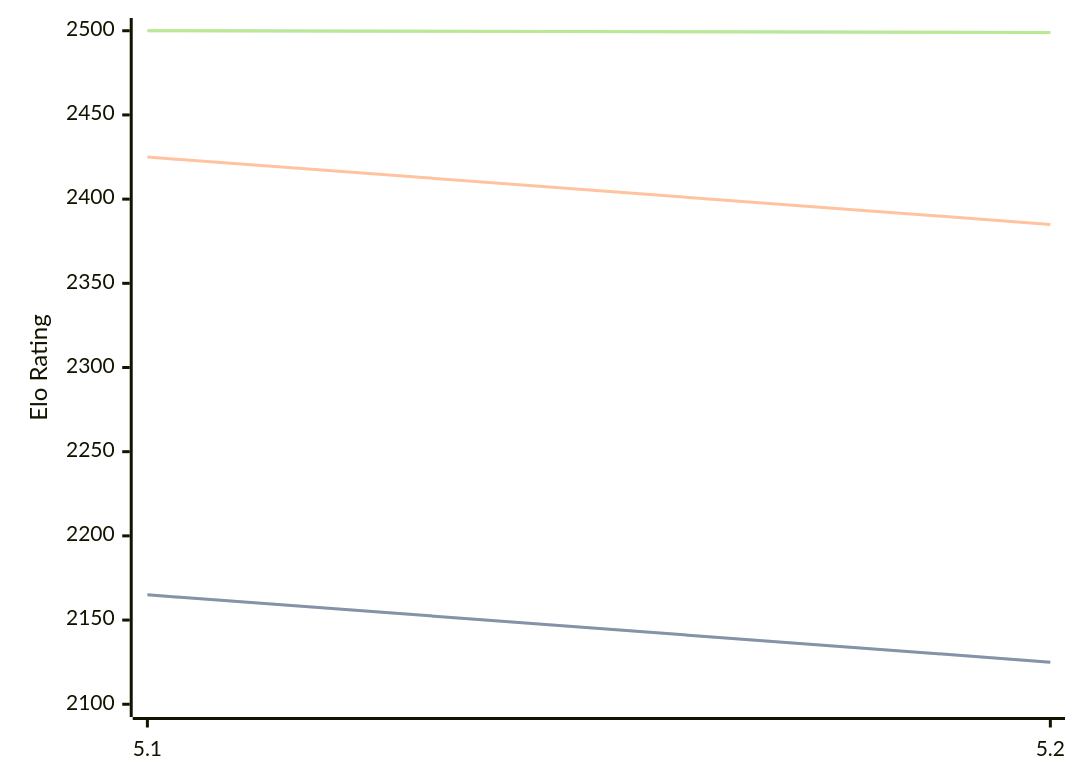
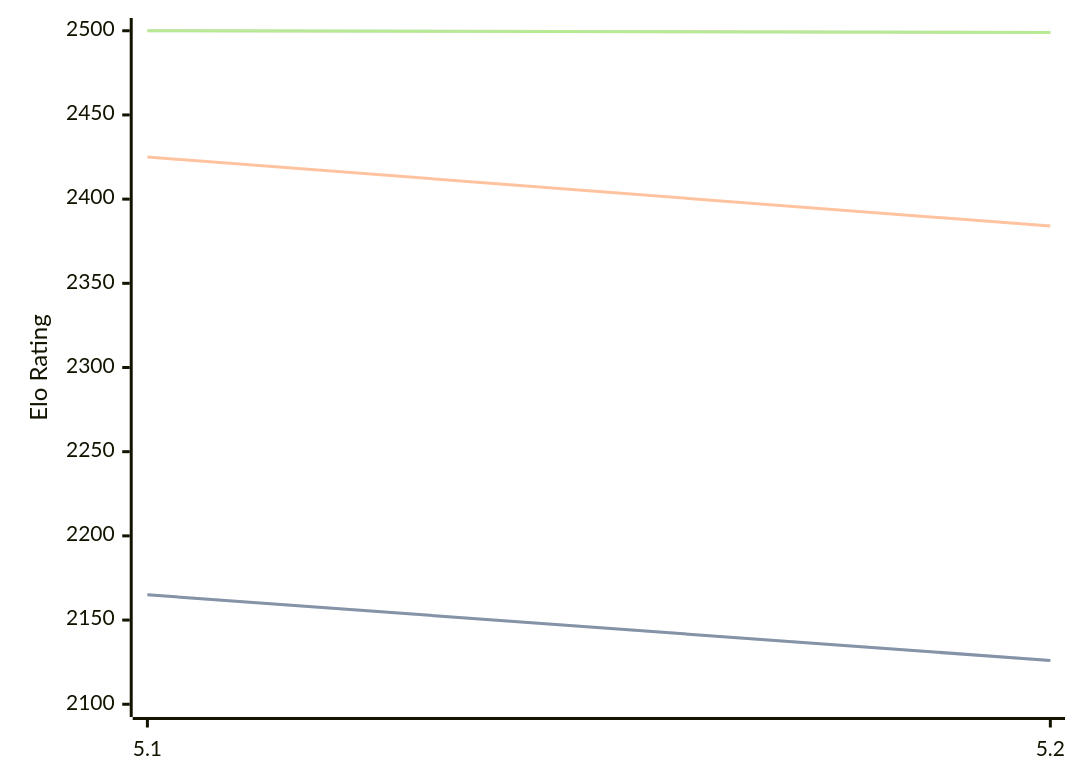
The diagram in engines/Prophet.md (computer-chess-index/cci), drawn with Mermaid before and after one commit. The commit also changed other lines of this file, not shown here.

````diff
--- a/engines/Prophet.md
+++ b/engines/Prophet.md
@@ -32,11 +32,11 @@
 ```mermaid
 %%{init: {"theme":"base","themeVariables":{"seriesColors:['#a3a3a3','#222221','#faa371']}}}%%
 xychart-beta
   x-axis ["5.1", "5.2"]
   y-axis "Elo Rating" 2100 --> 2500
-  line "" [2165, 2125]
-  line "STC (8.0+0.08s)" [2165, 2125]
-  line "LTC (60.0+0.60s)" [2425, 2385]
+  line "" [2165, 2126]
+  line "STC (8.0+0.08s)" [2165, 2126]
+  line "LTC (60.0+0.60s)" [2425, 2384]
   line "" [2500, 2499]
   line "VLTC (2m24s+1.12s)" [2500, 2499]
 ```
````
